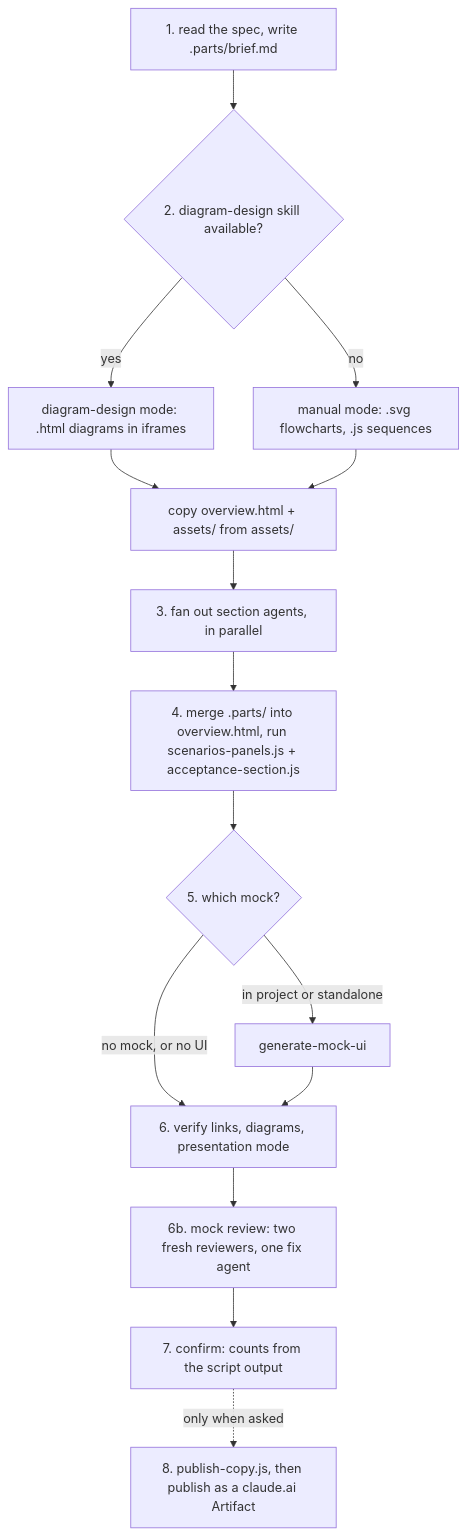
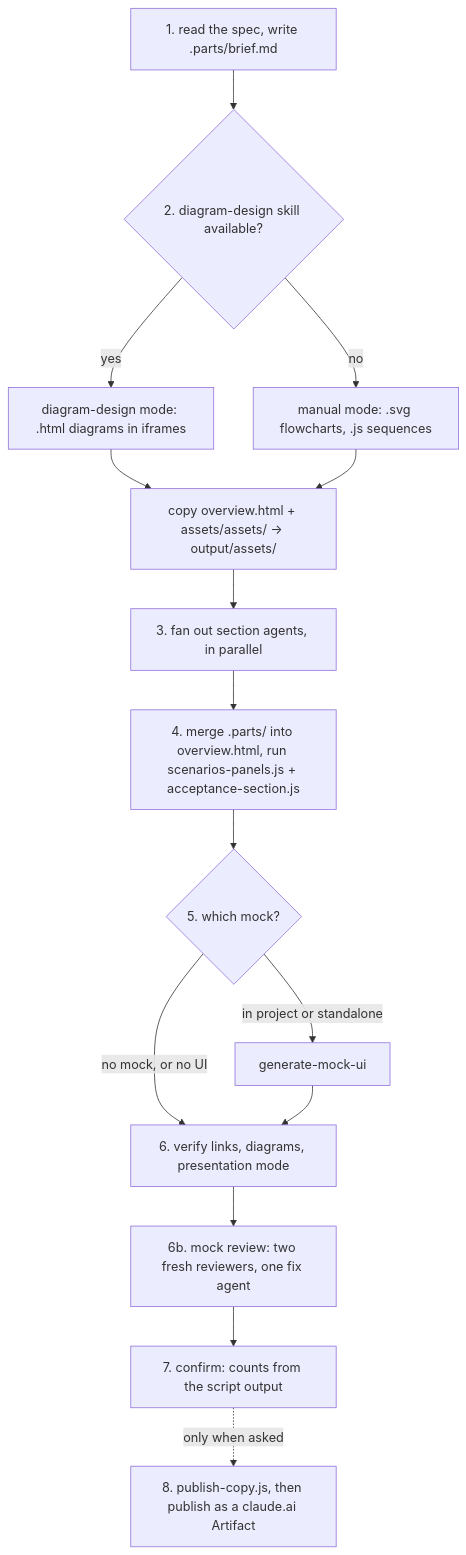
One commit to naphatwx/naphatwx-tools changed the first of 3 diagrams in plugins/naphatwx-tools/skills/design-feature/README.md. Above: the diagram before and after it, drawn with Mermaid.

Commit message:
docs(design-feature): clarify the copy step label in the README diagram

````diff
--- a/plugins/naphatwx-tools/skills/design-feature/README.md
+++ b/plugins/naphatwx-tools/skills/design-feature/README.md
@@ -25,17 +25,17 @@
 ```mermaid
 graph TD
     S1["1. read the spec, write .parts/brief.md"] --> S2{"2. diagram-design skill available?"}
     S2 -->|yes| M1["diagram-design mode: .html diagrams in iframes"]
     S2 -->|no| M2["manual mode: .svg flowcharts, .js sequences"]
-    M1 --> CP[copy overview.html + assets/ from assets/]
+    M1 --> CP["copy overview.html + assets/assets/ → output/assets/"]
     M2 --> CP
     CP --> S3[3. fan out section agents, in parallel]
     S3 --> S4["4. merge .parts/ into overview.html, run scenarios-panels.js + acceptance-section.js"]
     S4 --> S5{"5. which mock?"}
     S5 -->|in project or standalone| GM[generate-mock-ui]
     S5 -->|no mock, or no UI| S6
     GM --> S6[6. verify links, diagrams, presentation mode]
     S6 --> S6b["6b. mock review: two fresh reviewers, one fix agent"]
     S6b --> S7[7. confirm: counts from the script output]
     S7 -.->|only when asked| S8["8. publish-copy.js, then publish as a claude.ai Artifact"]
 ```
````
